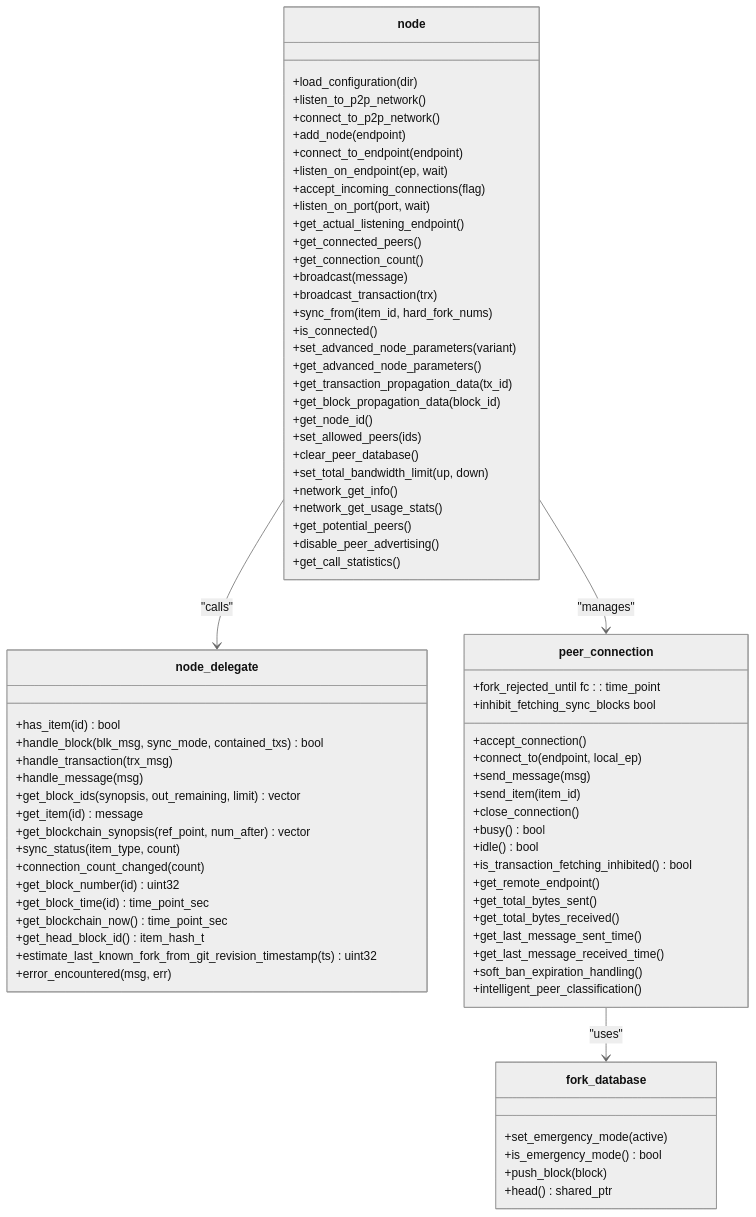
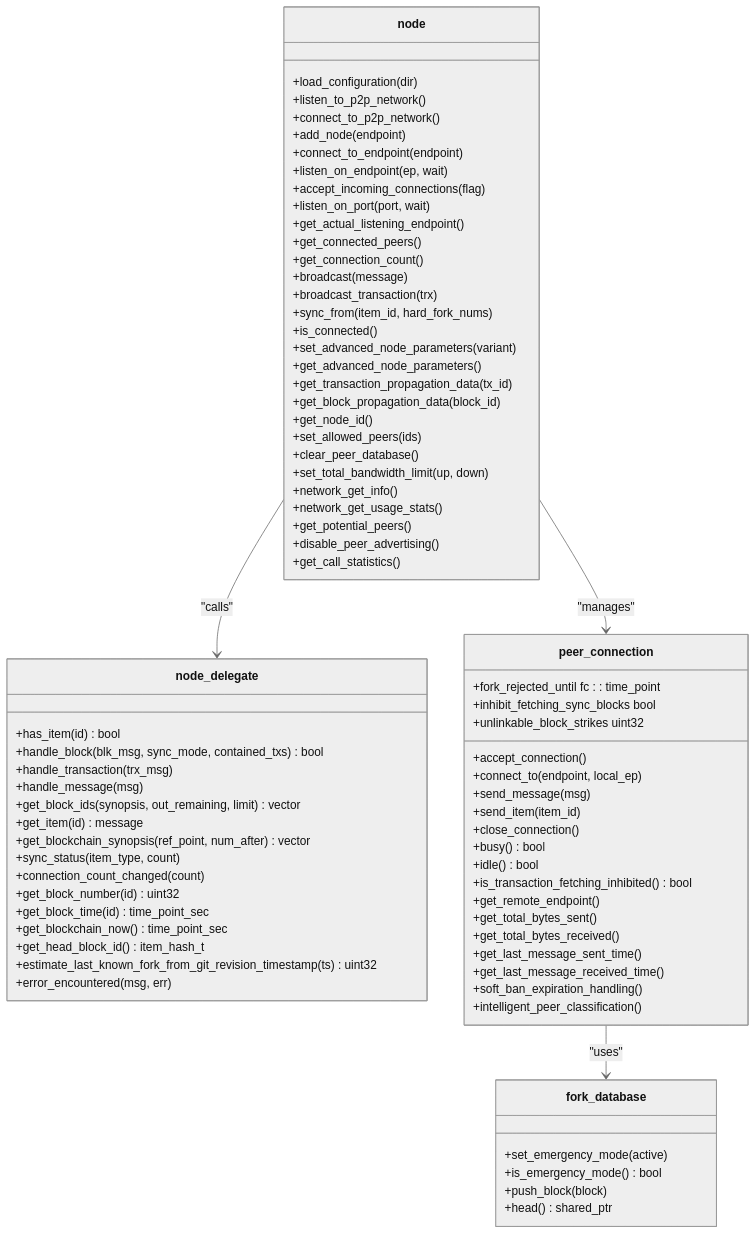
Before and after one commit to VIZ-Blockchain/viz-cpp-node: the second of 8 diagrams in .qoder/repowiki/en/content/Architecture Overview/Core Libraries/Network Library/Node Management.md, drawn with Mermaid (neutral theme). The commit also changed other lines of this file and 5 other files, not shown here.

````diff
--- a/.qoder/repowiki/en/content/Architecture Overview/Core Libraries/Network Library/Node Management.md
+++ b/.qoder/repowiki/en/content/Architecture Overview/Core Libraries/Network Library/Node Management.md
@@ -143,78 +145,79 @@
 ```mermaid
 classDiagram
 class node {
 +load_configuration(dir)
 +listen_to_p2p_network()
 +connect_to_p2p_network()
 +add_node(endpoint)
 +connect_to_endpoint(endpoint)
 +listen_on_endpoint(ep, wait)
 +accept_incoming_connections(flag)
 +listen_on_port(port, wait)
 +get_actual_listening_endpoint()
 +get_connected_peers()
 +get_connection_count()
 +broadcast(message)
 +broadcast_transaction(trx)
 +sync_from(item_id, hard_fork_nums)
 +is_connected()
 +set_advanced_node_parameters(variant)
 +get_advanced_node_parameters()
 +get_transaction_propagation_data(tx_id)
 +get_block_propagation_data(block_id)
 +get_node_id()
 +set_allowed_peers(ids)
 +clear_peer_database()
 +set_total_bandwidth_limit(up, down)
 +network_get_info()
 +network_get_usage_stats()
 +get_potential_peers()
 +disable_peer_advertising()
 +get_call_statistics()
 }
 class node_delegate {
 +has_item(id) bool
 +handle_block(blk_msg, sync_mode, contained_txs) bool
 +handle_transaction(trx_msg)
 +handle_message(msg)
 +get_block_ids(synopsis, out_remaining, limit) vector
 +get_item(id) message
 +get_blockchain_synopsis(ref_point, num_after) vector
 +sync_status(item_type, count)
 +connection_count_changed(count)
 +get_block_number(id) uint32
 +get_block_time(id) time_point_sec
 +get_blockchain_now() time_point_sec
 +get_head_block_id() item_hash_t
 +estimate_last_known_fork_from_git_revision_timestamp(ts) uint32
 +error_encountered(msg, err)
 }
 class peer_connection {
 +accept_connection()
 +connect_to(endpoint, local_ep)
 +send_message(msg)
 +send_item(item_id)
 +close_connection()
 +busy() bool
 +idle() bool
 +is_transaction_fetching_inhibited() bool
 +get_remote_endpoint()
 +get_total_bytes_sent()
 +get_total_bytes_received()
 +get_last_message_sent_time()
 +get_last_message_received_time()
 +fork_rejected_until fc : : time_point
 +inhibit_fetching_sync_blocks bool
 +soft_ban_expiration_handling()
 +intelligent_peer_classification()
++unlinkable_block_strikes uint32
 }
 class fork_database {
 +set_emergency_mode(active)
 +is_emergency_mode() bool
 +push_block(block)
 +head() shared_ptr
 }
 node --> node_delegate : "calls"
 node --> peer_connection : "manages"
 peer_connection --> fork_database : "uses"
 ```
````
